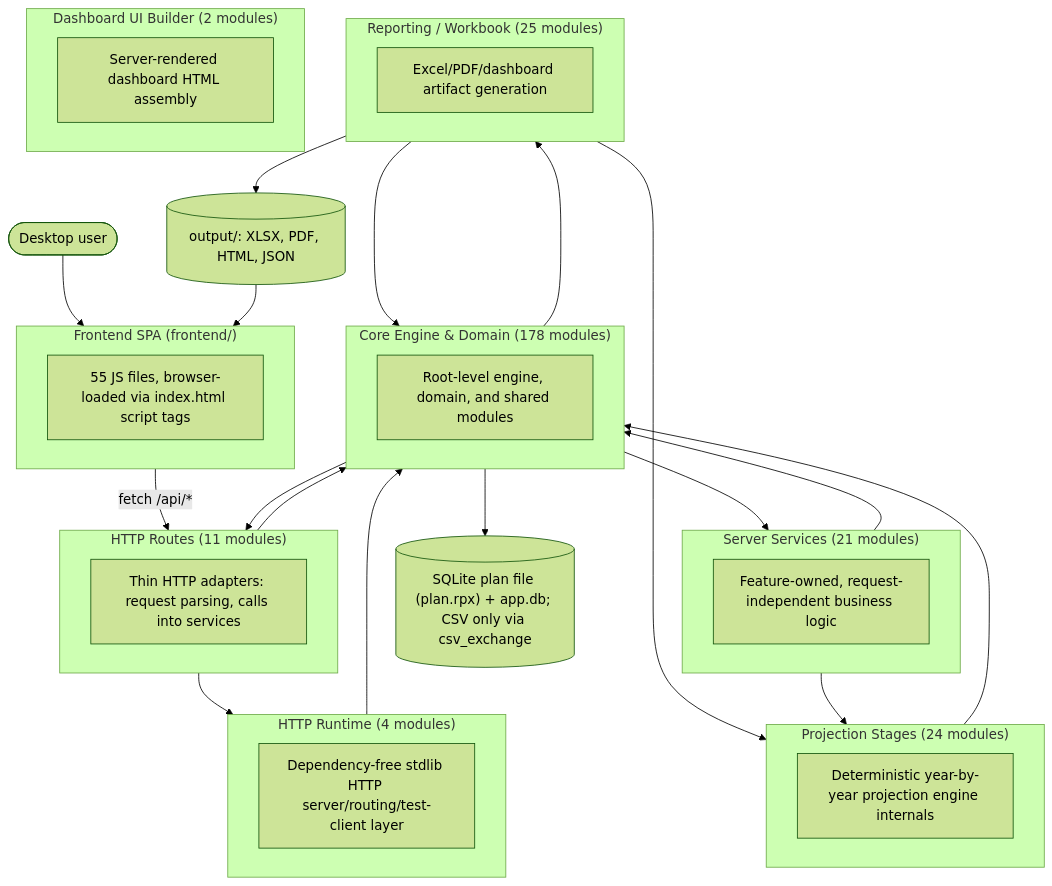
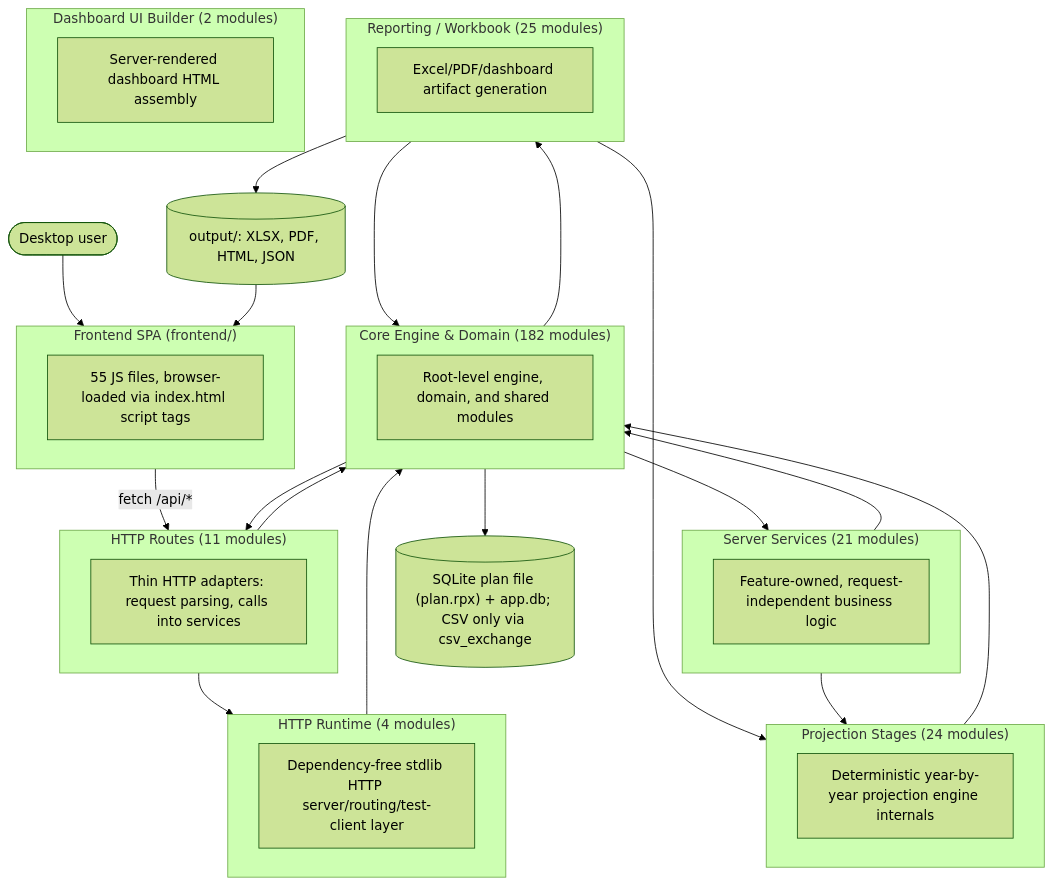
One commit to matthartzman/retirement_system changed the first of 2 diagrams in documentation/reference/SYSTEM_ARCHITECTURE_DIAGRAM.md. Above: the diagram before and after it, drawn with Mermaid (forest theme). The commit also changed other lines of this file and 12 other files, not shown here.

First line of the commit message:
WI-034: mechanical extraction in parse_client and the engine core (ARC-005) (#250)

````diff
--- a/documentation/reference/SYSTEM_ARCHITECTURE_DIAGRAM.md
+++ b/documentation/reference/SYSTEM_ARCHITECTURE_DIAGRAM.md
@@ -11,43 +11,43 @@
 ```mermaid
 flowchart TB
     User(["Desktop user"]) --> FE
     subgraph FE["Frontend SPA (frontend/)"]
         FEcount["55 JS files, browser-loaded via index.html script tags"]
     end
     FE -->|fetch /api/*| L_HTTP_Routes
     subgraph L_HTTP_Routes["HTTP Routes (11 modules)"]
         L_HTTP_Routes_d["Thin HTTP adapters: request parsing, calls into services"]
     end
     subgraph L_Server_Services["Server Services (21 modules)"]
         L_Server_Services_d["Feature-owned, request-independent business logic"]
     end
     subgraph L_HTTP_Runtime["HTTP Runtime (4 modules)"]
         L_HTTP_Runtime_d["Dependency-free stdlib HTTP server/routing/test-client layer"]
     end
-    subgraph L_Core_Engine___Domain["Core Engine & Domain (178 modules)"]
+    subgraph L_Core_Engine___Domain["Core Engine & Domain (182 modules)"]
         L_Core_Engine___Domain_d["Root-level engine, domain, and shared modules"]
     end
     subgraph L_Projection_Stages["Projection Stages (24 modules)"]
         L_Projection_Stages_d["Deterministic year-by-year projection engine internals"]
     end
     subgraph L_Reporting___Workbook["Reporting / Workbook (25 modules)"]
         L_Reporting___Workbook_d["Excel/PDF/dashboard artifact generation"]
     end
     subgraph L_Dashboard_UI_Builder["Dashboard UI Builder (2 modules)"]
         L_Dashboard_UI_Builder_d["Server-rendered dashboard HTML assembly"]
     end
     L_Core_Engine___Domain --> L_HTTP_Routes
     L_Core_Engine___Domain --> L_Reporting___Workbook
     L_Core_Engine___Domain --> L_Server_Services
     L_HTTP_Routes --> L_Core_Engine___Domain
     L_HTTP_Routes --> L_HTTP_Runtime
     L_HTTP_Runtime --> L_Core_Engine___Domain
     L_Projection_Stages --> L_Core_Engine___Domain
     L_Reporting___Workbook --> L_Core_Engine___Domain
     L_Reporting___Workbook --> L_Projection_Stages
     L_Server_Services --> L_Core_Engine___Domain
     L_Server_Services --> L_Projection_Stages
     L_Core_Engine___Domain --> DB[("SQLite plan file (plan.rpx) + app.db; CSV only via csv_exchange")]
     L_Reporting___Workbook --> Outputs[("output/: XLSX, PDF, HTML, JSON")]
     Outputs --> FE
 ```
````
